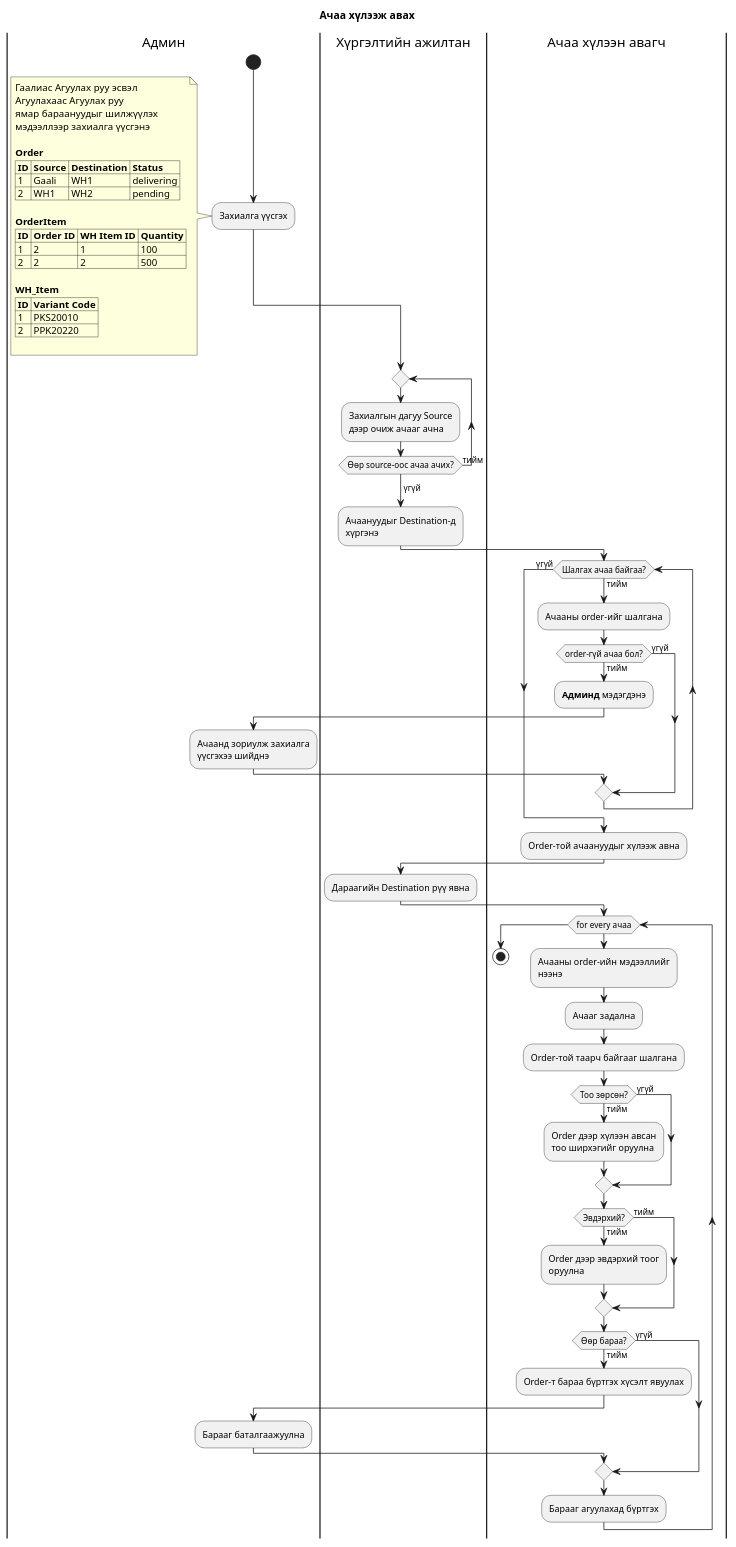
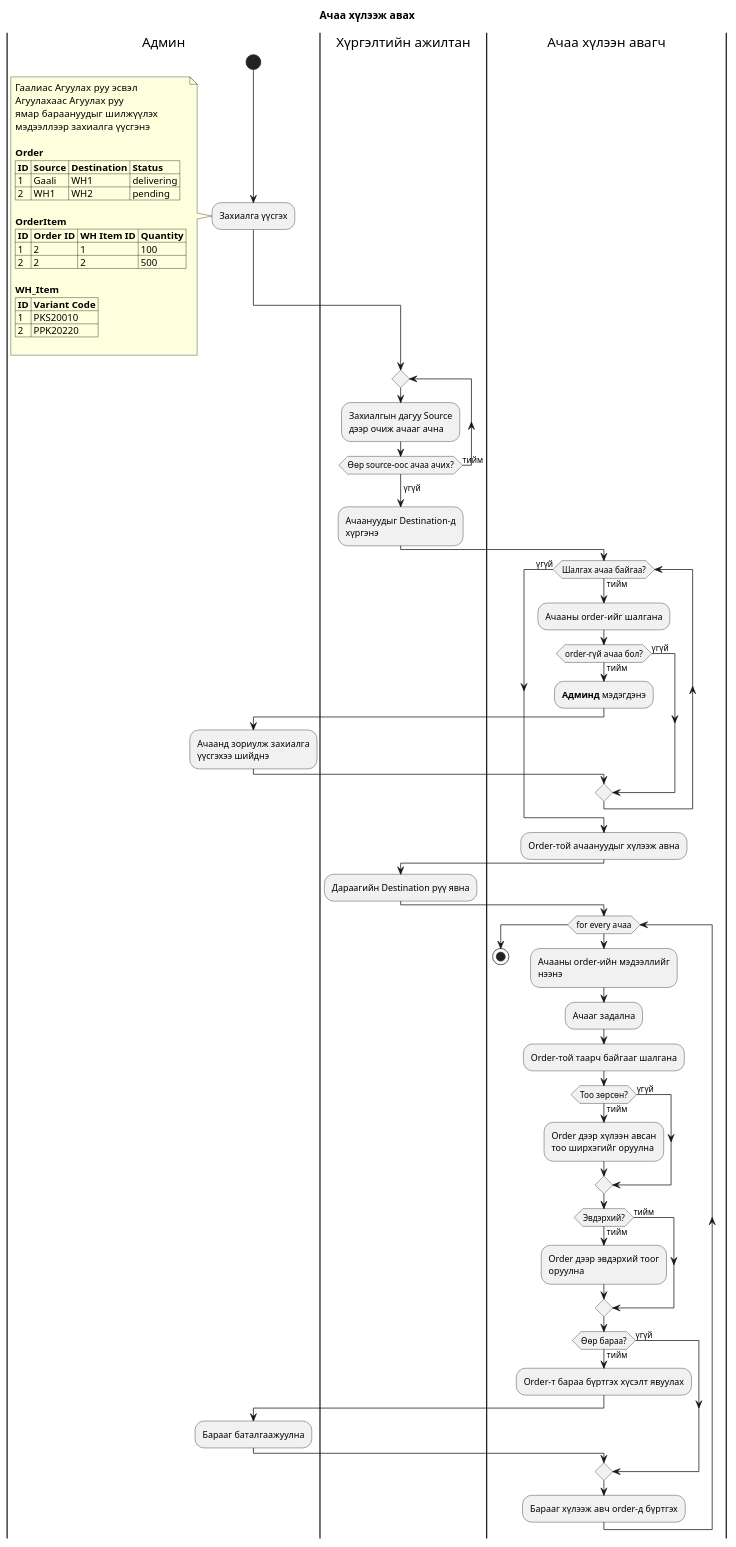
One commit to lodipay/lodipay-wms changed the diagram in docs/activity-diagram/inbound.md. Above: the diagram before and after it, drawn with PlantUML. The commit also changed 3 other files, not shown here.

````diff
--- a/docs/activity-diagram/inbound.md
+++ b/docs/activity-diagram/inbound.md
@@ -3,82 +3,82 @@
 ```plantuml
 @startuml
 
 title Ачаа хүлээж авах
 |Админ|
 start
 :Захиалга үүсгэх;
 
 note left
 Гаалиас Агуулах руу эсвэл
 Агуулахаас Агуулах руу
 ямар бараануудыг шилжүүлэх
 мэдээллээр захиалга үүсгэнэ
 
 **Order**
 |= ID |= Source |= Destination |= Status |
 | 1 | Gaali | WH1 | delivering |
 | 2 | WH1 | WH2 | pending |
 
 **OrderItem**
 |= ID |= Order ID |= WH Item ID |= Quantity |
 | 1 | 2 | 1 | 100 |
 | 2 | 2 | 2 | 500 |
 
 **WH_Item**
 |= ID |= Variant Code |
 | 1 | PKS20010 |
 | 2 | PPK20220 |
 
 end note
 
 |Хүргэлтийн ажилтан|
 repeat
   :Захиалгын дагуу Source
   дээр очиж ачааг ачна;
 repeat while (Өөр source-оос ачаа ачих?) is (тийм)
 ->үгүй;
 :Ачаануудыг Destination-д
 хүргэнэ;
 |Ачаа хүлээн авагч|
 while (Шалгах ачаа байгаа?) is (тийм)
   :Ачааны order-ийг шалгана;
   if (order-гүй ачаа бол?) then (тийм)
     :**Админд** мэдэгдэнэ;
     |Админ|
     :Ачаанд зориулж захиалга
     үүсгэхээ шийднэ;
   else (үгүй)
   endif
 endwhile (үгүй)
 |Ачаа хүлээн авагч|
 :Order-той ачаануудыг хүлээж авна;
 |Хүргэлтийн ажилтан|
 :Дараагийн Destination рүү явна;
 |Ачаа хүлээн авагч|
 while (for every ачаа)
   :Ачааны order-ийн мэдээллийг
   нээнэ;
   :Ачааг задална;
   :Order-той таарч байгааг шалгана;
   if (Тоо зөрсөн?) then (тийм)
     :Order дээр хүлээн авсан
     тоо ширхэгийг оруулна;
   else (үгүй)
   endif
   if (Эвдэрхий?) then (тийм)
     :Order дээр эвдэрхий тоог
     оруулна;
   else (тийм)
   endif
   if (Өөр бараа?) then (тийм)
     :Order-т бараа бүртгэх хүсэлт явуулах;
     |Админ|
     :Барааг баталгаажуулна;
   else (үгүй)
   endif
   |Ачаа хүлээн авагч|
-  :Барааг агуулахад бүртгэх;
+  :Барааг хүлээж авч order-д бүртгэх;
 endwhile
 stop
 @enduml
 ```
````
